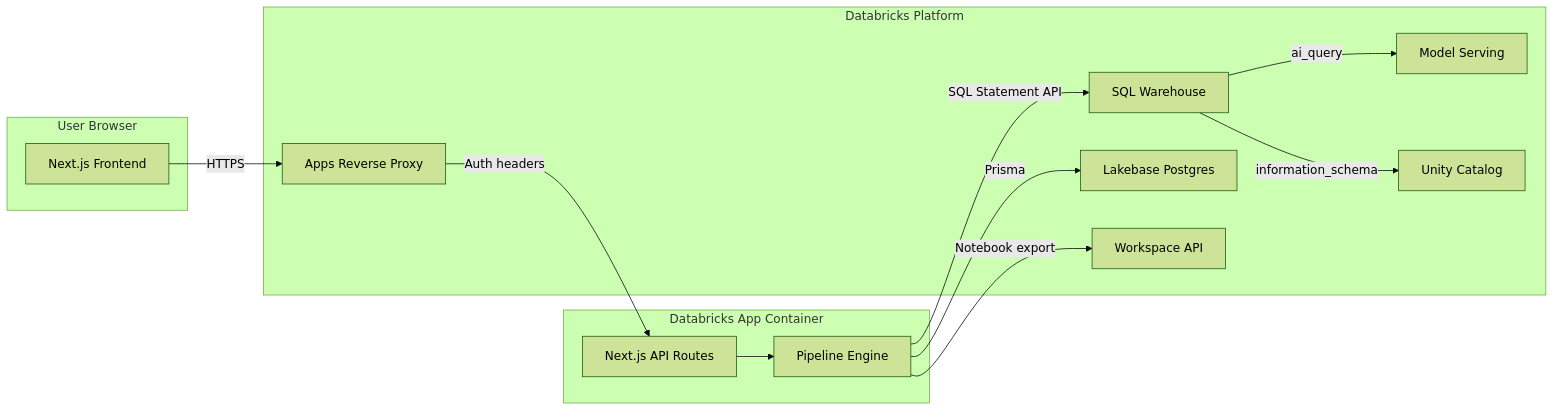
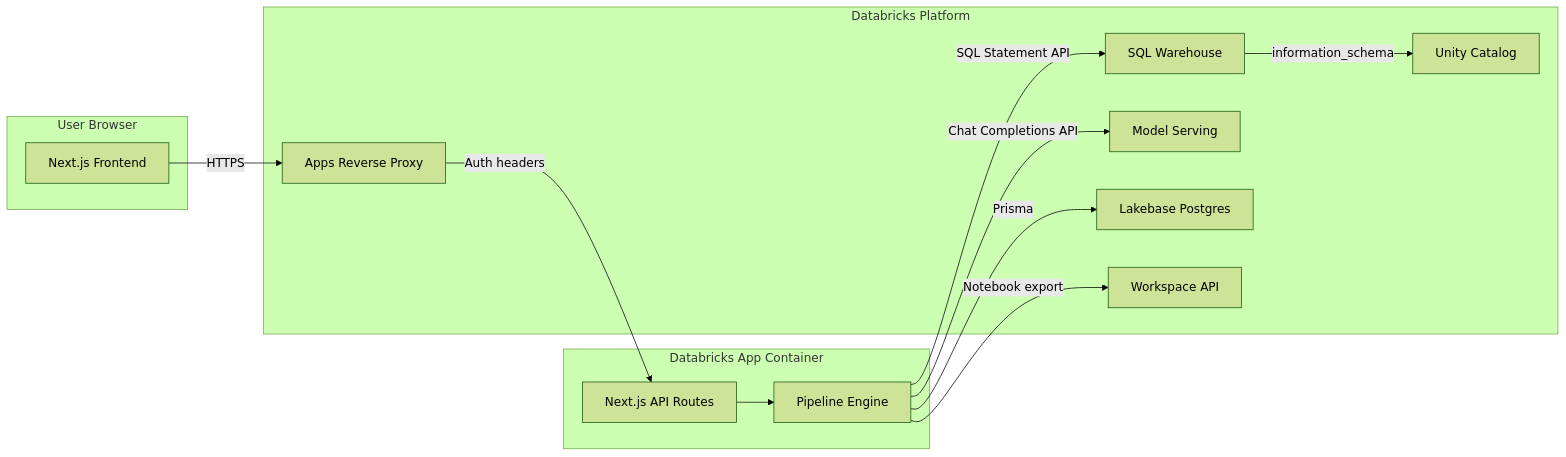
Before and after one commit to althrussell/databricks-forge: the first of 8 diagrams in SECURITY_ARCHITECTURE.md, drawn with Mermaid (forest theme). The commit also changed other lines of this file and 24 other files, not shown here.

First line of the commit message:
Update LLM calls to use Databricks Model Serving API

````diff
--- a/SECURITY_ARCHITECTURE.md
+++ b/SECURITY_ARCHITECTURE.md
@@ -44,29 +44,29 @@
 ```mermaid
 graph LR
   subgraph browser [User Browser]
     UI[Next.js Frontend]
   end
 
   subgraph dbxApp [Databricks App Container]
     API[Next.js API Routes]
     Engine[Pipeline Engine]
   end
 
   subgraph dbxPlatform [Databricks Platform]
     Proxy[Apps Reverse Proxy]
     Warehouse[SQL Warehouse]
     ModelServing[Model Serving]
     Lakebase[Lakebase Postgres]
     UC[Unity Catalog]
     Workspace[Workspace API]
   end
 
   UI -->|HTTPS| Proxy
   Proxy -->|Auth headers| API
   API --> Engine
   Engine -->|SQL Statement API| Warehouse
   Warehouse -->|information_schema| UC
-  Warehouse -->|ai_query| ModelServing
+  Engine -->|Chat Completions API| ModelServing
   Engine -->|Prisma| Lakebase
   Engine -->|Notebook export| Workspace
 ```
````
